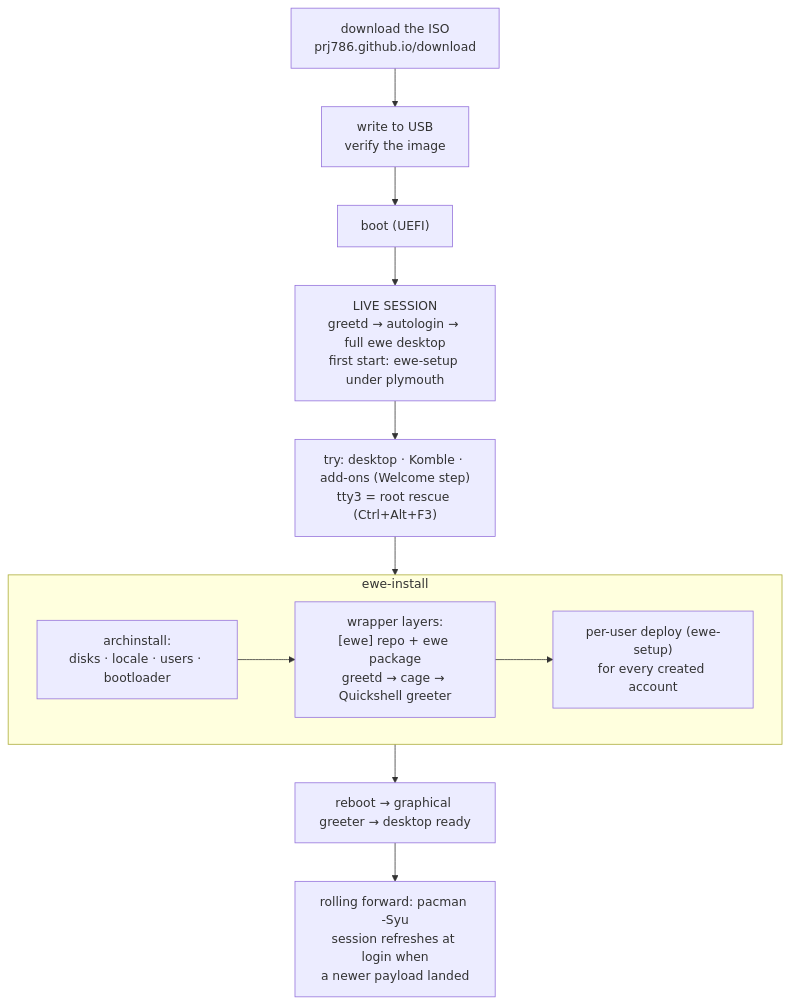
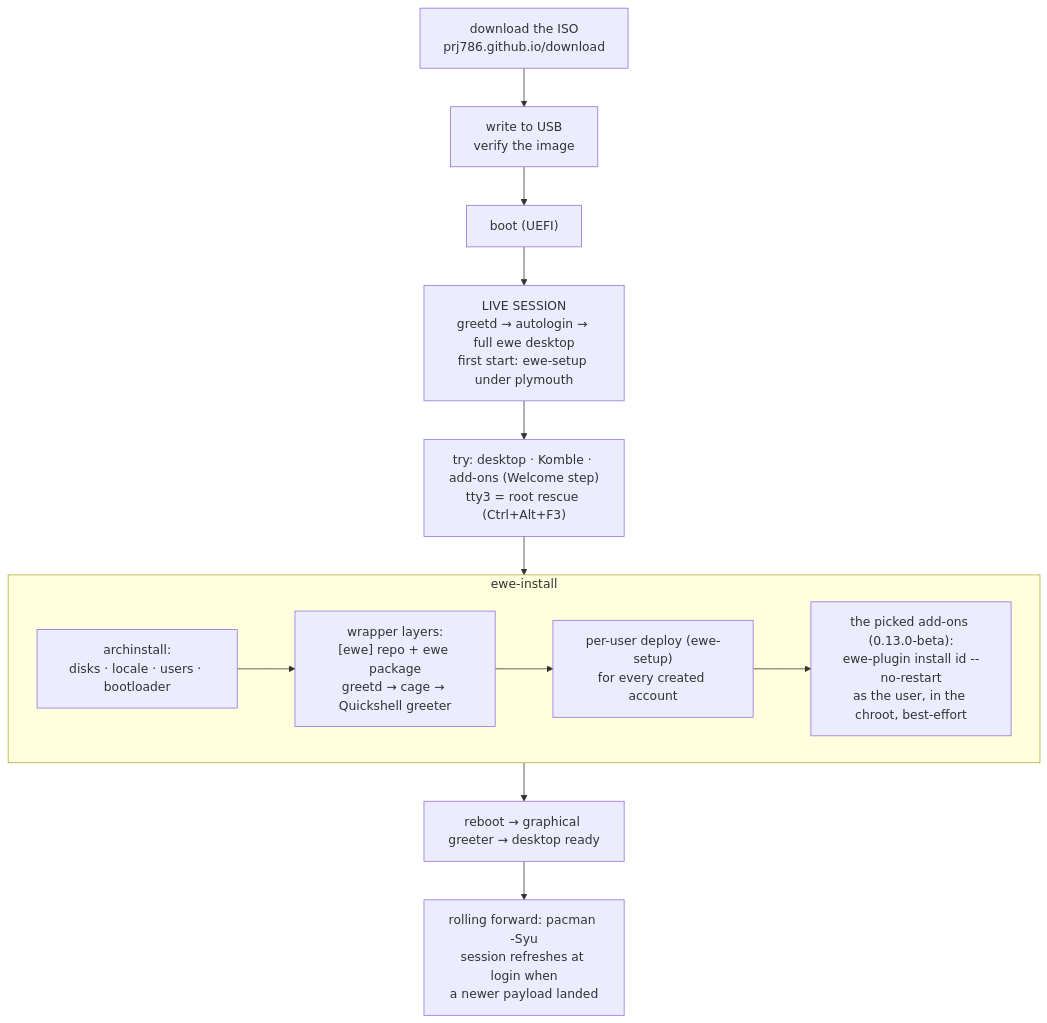
One commit to prj786/ewe-map changed the diagram in 05-Workflows/Install Flow.md. Above: the diagram before and after it, drawn with Mermaid. The commit also changed other lines of this file and 6 other files, not shown here.

Commit message:
vault: ewe-os 0.13.0-beta in progress — installer Add-ons step, live dock

````diff
--- a/05-Workflows/Install Flow.md
+++ b/05-Workflows/Install Flow.md
@@ -14,18 +14,19 @@
 ```mermaid
 flowchart TB
     DOWN["download the ISO<br/>prj786.github.io/download"] --> WRITE["write to USB<br/>verify the image"]
     WRITE --> BOOT["boot (UEFI)"]
     BOOT --> LIVE["LIVE SESSION<br/>greetd → autologin → full ewe desktop<br/>first start: ewe-setup under plymouth"]
     LIVE --> TRY["try: desktop · Komble · add-ons (Welcome step)<br/>tty3 = root rescue (Ctrl+Alt+F3)"]
-    TRY --> INSTALL["run ewe-install"]
+    TRY --> INSTALL["run ewe-installer (or ewe-install)"]
 
     subgraph INSTALL["ewe-install"]
         A1["archinstall:<br/>disks · locale · users · bootloader"]
         A2["wrapper layers:<br/>[ewe] repo + ewe package<br/>greetd → cage → Quickshell greeter"]
         A3["per-user deploy (ewe-setup)<br/>for every created account"]
-        A1 --> A2 --> A3
+        A4["the picked add-ons (0.13.0-beta):<br/>ewe-plugin install id --no-restart<br/>as the user, in the chroot, best-effort"]
+        A1 --> A2 --> A3 --> A4
     end
 
     INSTALL --> REBOOT["reboot → graphical greeter → desktop ready"]
     REBOOT --> FORWARD["rolling forward: pacman -Syu<br/>session refreshes at login when<br/>a newer payload landed"]
 ```
````
